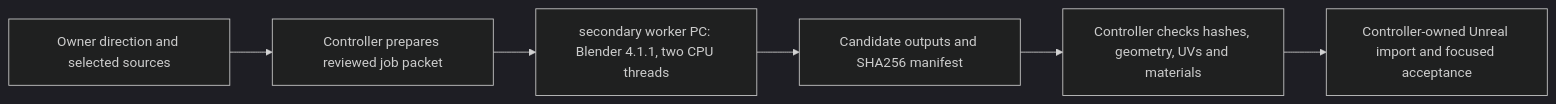
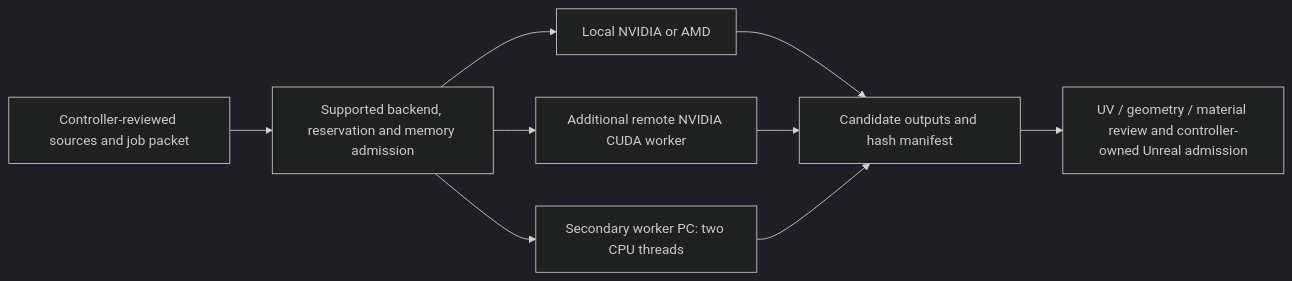
Before and after one commit to CA-The-destroyer/G-Ash_Road_ep1: the diagram in docs/compute-resources.md, drawn with Mermaid (dark theme). The commit also changed other lines of this file and 22 other files, not shown here.

Commit message:
docs: refresh November4 metrics, Journey52 status and compute diagrams

````diff
--- a/docs/compute-resources.md
+++ b/docs/compute-resources.md
@@ -17,8 +18,11 @@
 ```mermaid
 flowchart LR
-    ownerDirection["Owner direction and selected sources"] --> controllerPacket["Controller prepares reviewed job packet"]
-    controllerPacket --> remoteCpu["secondary worker PC: Blender 4.1.1, two CPU threads"]
-    remoteCpu --> returnedCandidate["Candidate outputs and SHA256 manifest"]
-    returnedCandidate --> reviewCandidate["Controller checks hashes, geometry, UVs and materials"]
-    reviewCandidate --> nativeAdmission["Controller-owned Unreal import and focused acceptance"]
+    sourcePacket["Controller-reviewed sources and job packet"] --> chooseLane["Supported backend, reservation and memory admission"]
+    chooseLane --> localGpu["Local NVIDIA or AMD"]
+    chooseLane --> remoteGpu["Additional remote NVIDIA CUDA worker"]
+    chooseLane --> remoteCpu["Secondary worker PC: two CPU threads"]
+    localGpu --> returnedOutput["Candidate outputs and hash manifest"]
+    remoteGpu --> returnedOutput
+    remoteCpu --> returnedOutput
+    returnedOutput --> acceptance["UV / geometry / material review and controller-owned Unreal admission"]
 ```
````
